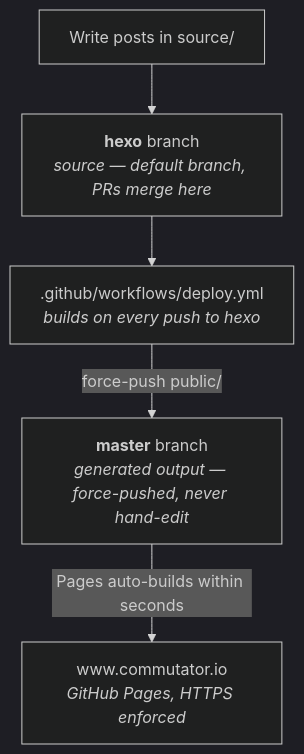
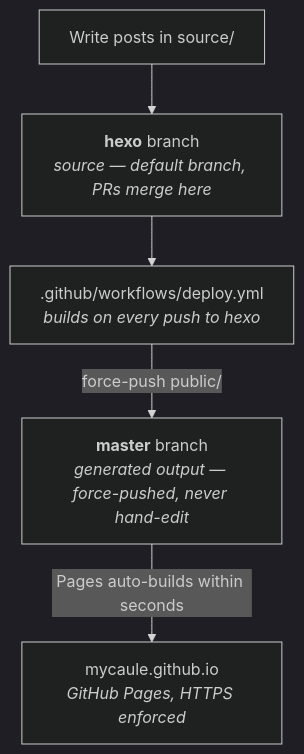
One commit to mycaule/mycaule.github.io changed the diagram in README.md. Above: the diagram before and after it, drawn with Mermaid (dark theme). The commit also changed other lines of this file and 36 other files, not shown here.

````diff
--- a/README.md
+++ b/README.md
@@ -29,13 +29,13 @@
 ```mermaid
 flowchart TD
     edit["Write posts in source/"]
     hexo["<b>hexo</b> branch<br/><i>source — default branch, PRs merge here</i>"]
     ci[".github/workflows/deploy.yml<br/><i>builds on every push to hexo</i>"]
     master["<b>master</b> branch<br/><i>generated output — force-pushed, never hand-edit</i>"]
-    live["www.commutator.io<br/><i>GitHub Pages, HTTPS enforced</i>"]
+    live["mycaule.github.io<br/><i>GitHub Pages, HTTPS enforced</i>"]
 
     edit --> hexo
     hexo --> ci
     ci -->|"force-push public/"| master
     master -->|"Pages auto-builds within seconds"| live
 ```
````
